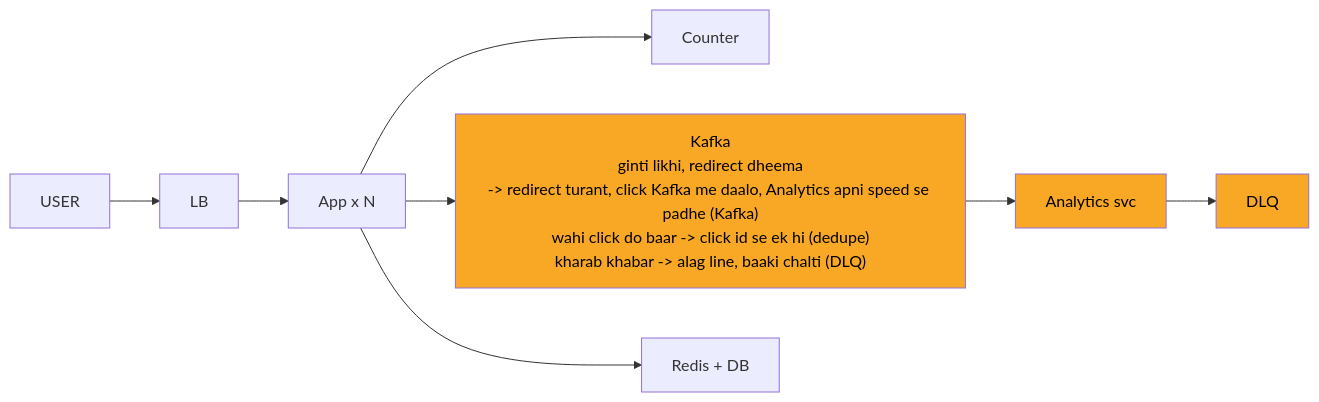
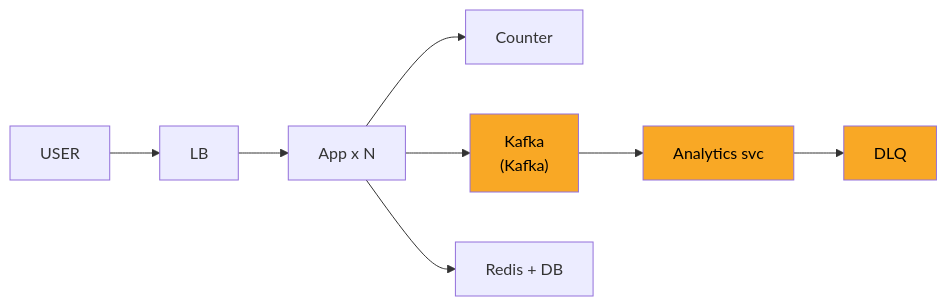
One commit to ArpanMaheshwari144/Prep changed the diagram in 04_HLD/SYSTEM_DESIGNS/01_url_shortener/img/c4.mmd. Above: the diagram before and after it, drawn with Mermaid. The commit also changed 29 other files, not shown here.

```diff
--- a/04_HLD/SYSTEM_DESIGNS/01_url_shortener/img/c4.mmd
+++ b/04_HLD/SYSTEM_DESIGNS/01_url_shortener/img/c4.mmd
@@ -1,20 +1,20 @@
 %%{init: {"flowchart": {"wrappingWidth": 450}}}%%
 flowchart LR
     n_USER["USER"]
     n_LB["LB"]
     n_App_xN["App x N"]
     n_Counter["Counter"]
-    n_Kafka["Kafka<br/>ginti likhi, redirect dheema<br/>-> redirect turant, click Kafka me daalo, Analytics apni speed se padhe (Kafka)<br/>wahi click do baar -> click id se ek hi (dedupe)<br/>kharab khabar -> alag line, baaki chalti (DLQ)"]
+    n_Kafka["Kafka<br/>(Kafka)"]
     n_Analytics_svc["Analytics svc"]
     n_DLQ["DLQ"]
     n_RD["Redis + DB"]
     n_USER --> n_LB
     n_LB --> n_App_xN
     n_App_xN --> n_Counter
     n_App_xN --> n_Kafka
     n_App_xN --> n_RD
     n_Kafka --> n_Analytics_svc
     n_Analytics_svc --> n_DLQ
     style n_Kafka fill:#f9a825,color:#000
     style n_Analytics_svc fill:#f9a825,color:#000
     style n_DLQ fill:#f9a825,color:#000
```
